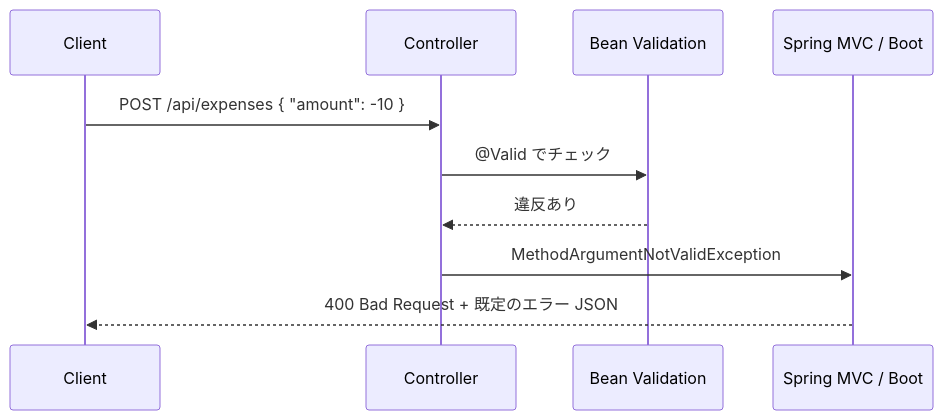
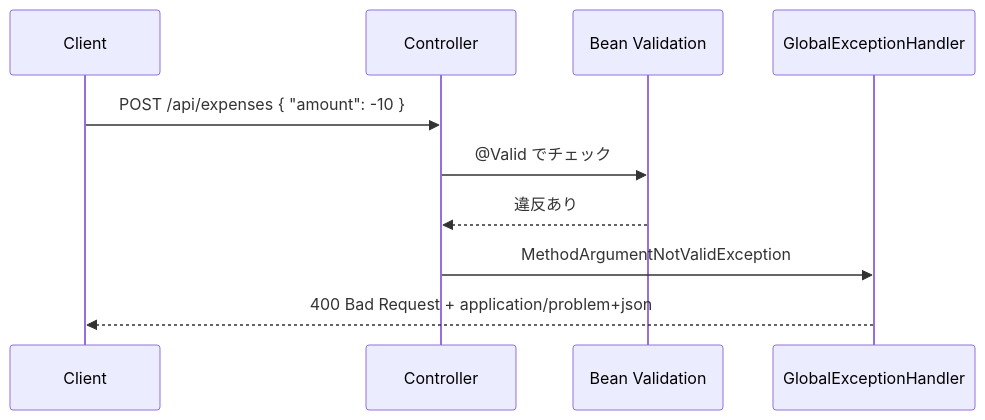
One commit to DRS22DownForce/SmartHouseholdAccountBook changed the third of 4 diagrams in docs/backend/02-web.md. Above: the diagram before and after it, drawn with Mermaid. The commit also changed other lines of this file and 34 other files, not shown here.

````diff
--- a/docs/backend/02-web.md
+++ b/docs/backend/02-web.md
@@ -367,13 +367,13 @@
 ```mermaid
 sequenceDiagram
     participant Client
     participant Ctrl as Controller
     participant Valid as Bean Validation
-    participant MVC as Spring MVC / Boot
+    participant Handler as GlobalExceptionHandler
 
     Client->>Ctrl: POST /api/expenses { "amount": -10 }
     Ctrl->>Valid: @Valid でチェック
     Valid-->>Ctrl: 違反あり
-    Ctrl->>MVC: MethodArgumentNotValidException
-    MVC-->>Client: 400 Bad Request + 既定のエラー JSON
+    Ctrl->>Handler: MethodArgumentNotValidException
+    Handler-->>Client: 400 Bad Request + application/problem+json
 ```
````
